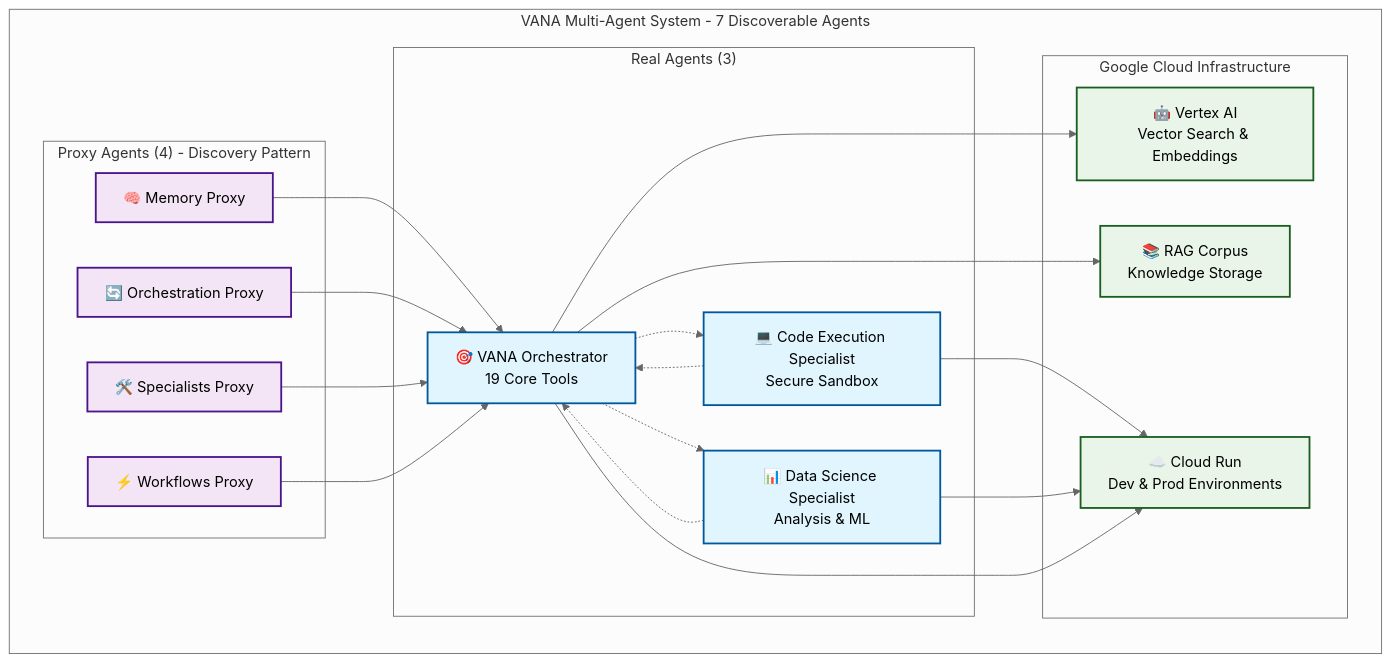
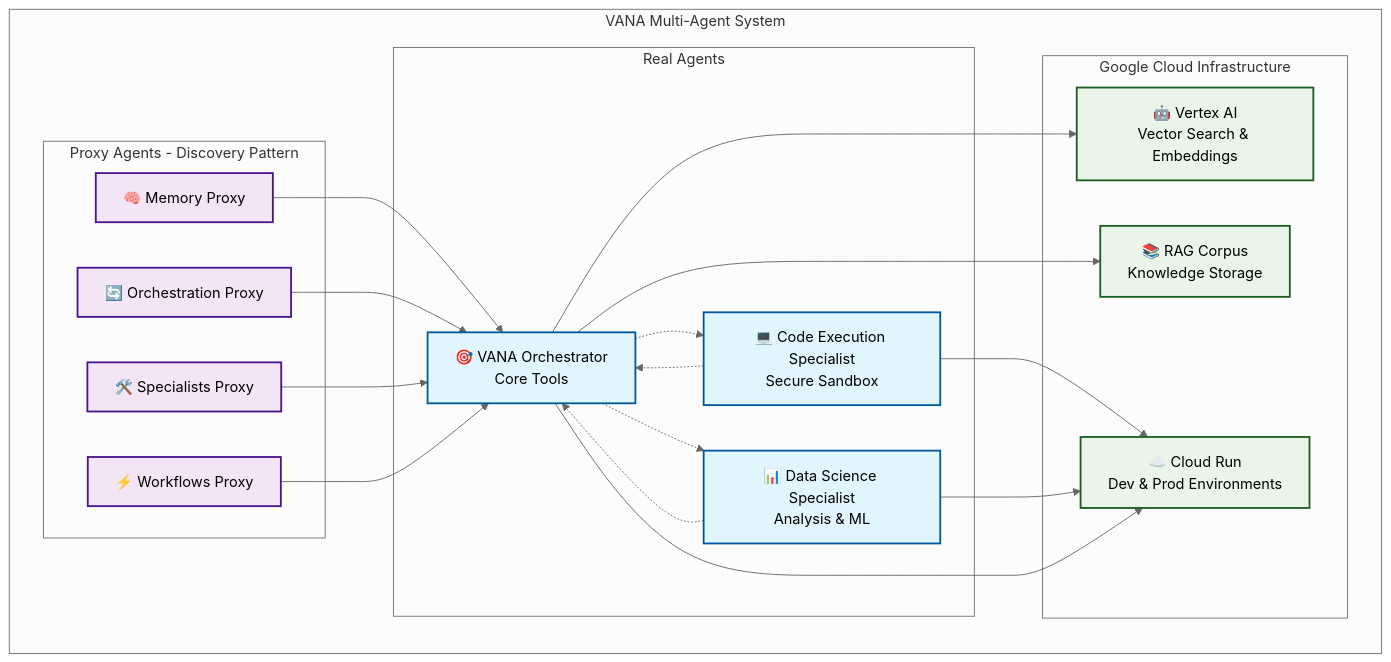
One commit to NickB03/vana changed the diagram in README.md. Above: the diagram before and after it, drawn with Mermaid (neutral theme). The commit also changed other lines of this file and 74 other files, not shown here.

````diff
--- a/README.md
+++ b/README.md
@@ -134,50 +134,50 @@
 ```mermaid
 graph TB
-    subgraph "VANA Multi-Agent System - 7 Discoverable Agents"
-        subgraph "Real Agents (3)"
-            VANA[🎯 VANA Orchestrator<br/>19 Core Tools]
+    subgraph "VANA Multi-Agent System"
+        subgraph "Real Agents"
+            VANA[🎯 VANA Orchestrator<br/>Core Tools]
             CODE[💻 Code Execution Specialist<br/>Secure Sandbox]
             DATA[📊 Data Science Specialist<br/>Analysis & ML]
         end
 
-        subgraph "Proxy Agents (4) - Discovery Pattern"
+        subgraph "Proxy Agents - Discovery Pattern"
             MEM[🧠 Memory Proxy]
             ORCH[🔄 Orchestration Proxy]
             SPEC[🛠️ Specialists Proxy]
             WORK[⚡ Workflows Proxy]
         end
 
         subgraph "Google Cloud Infrastructure"
             VAI[🤖 Vertex AI<br/>Vector Search & Embeddings]
             CR[☁️ Cloud Run<br/>Dev & Prod Environments]
             RAG[📚 RAG Corpus<br/>Knowledge Storage]
         end
     end
 
     %% Real agent interactions
     VANA -.-> CODE
     VANA -.-> DATA
     CODE -.-> VANA
     DATA -.-> VANA
 
     %% Proxy redirections
     MEM --> VANA
     ORCH --> VANA
     SPEC --> VANA
     WORK --> VANA
 
     %% Cloud service connections
     VANA --> VAI
     VANA --> RAG
     CODE --> CR
     DATA --> CR
     VANA --> CR
 
     classDef realAgent fill:#e1f5fe,stroke:#01579b,stroke-width:2px
     classDef proxyAgent fill:#f3e5f5,stroke:#4a148c,stroke-width:2px
     classDef cloudService fill:#e8f5e8,stroke:#1b5e20,stroke-width:2px
 
     class VANA,CODE,DATA realAgent
     class MEM,ORCH,SPEC,WORK proxyAgent
     class VAI,CR,RAG cloudService
 ```
````
